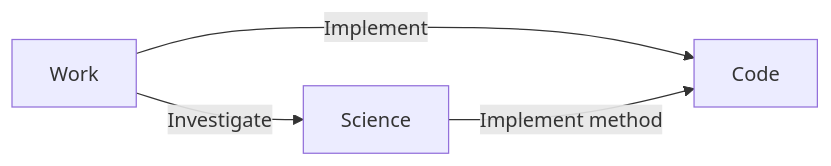
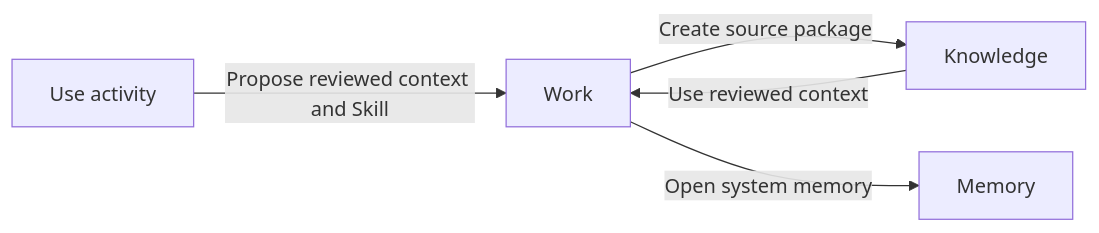
Before and after one commit to A3S-Lab/a3s: the diagram in apps/web/docs/SUPER_APP.md, drawn with Mermaid. The commit also changed other lines of this file and 107 other files, not shown here.

````diff
--- a/apps/web/docs/SUPER_APP.md
+++ b/apps/web/docs/SUPER_APP.md
@@ -196,6 +144,7 @@
 ```mermaid
 flowchart LR
-    Work -->|Implement| Code
-    Work -->|Investigate| Science
-    Science -->|Implement method| Code
+    Work -->|Create source package| Knowledge
+    Knowledge -->|Use reviewed context| Work
+    Plugin[Use activity] -->|Propose reviewed context and Skill| Work
+    Work -->|Open system memory| Memory
 ```
````
